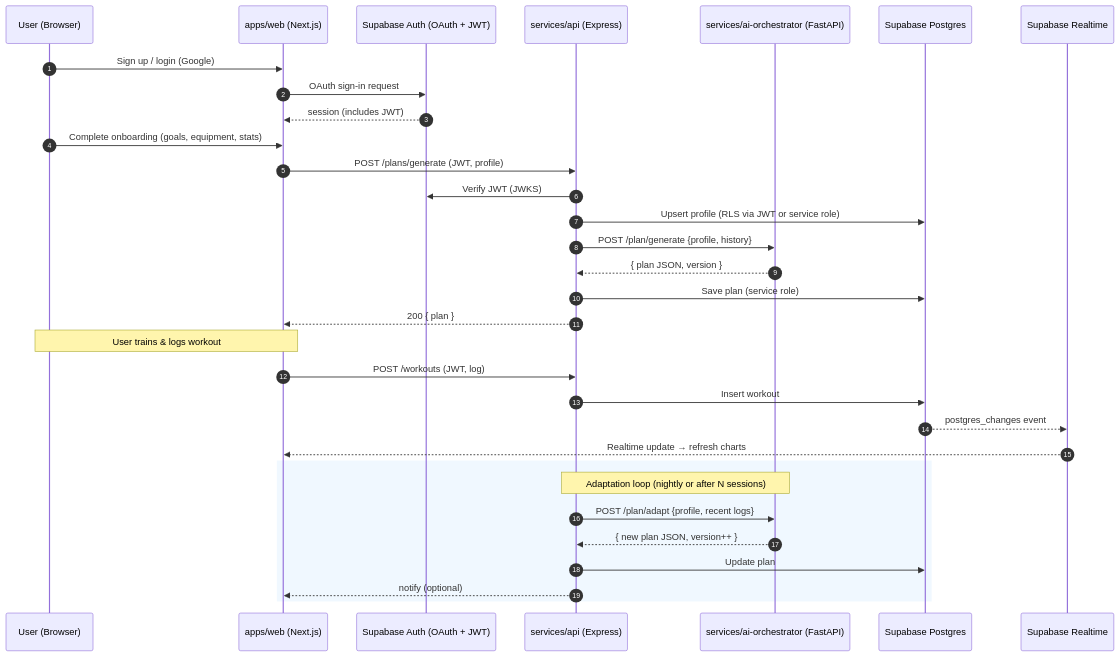
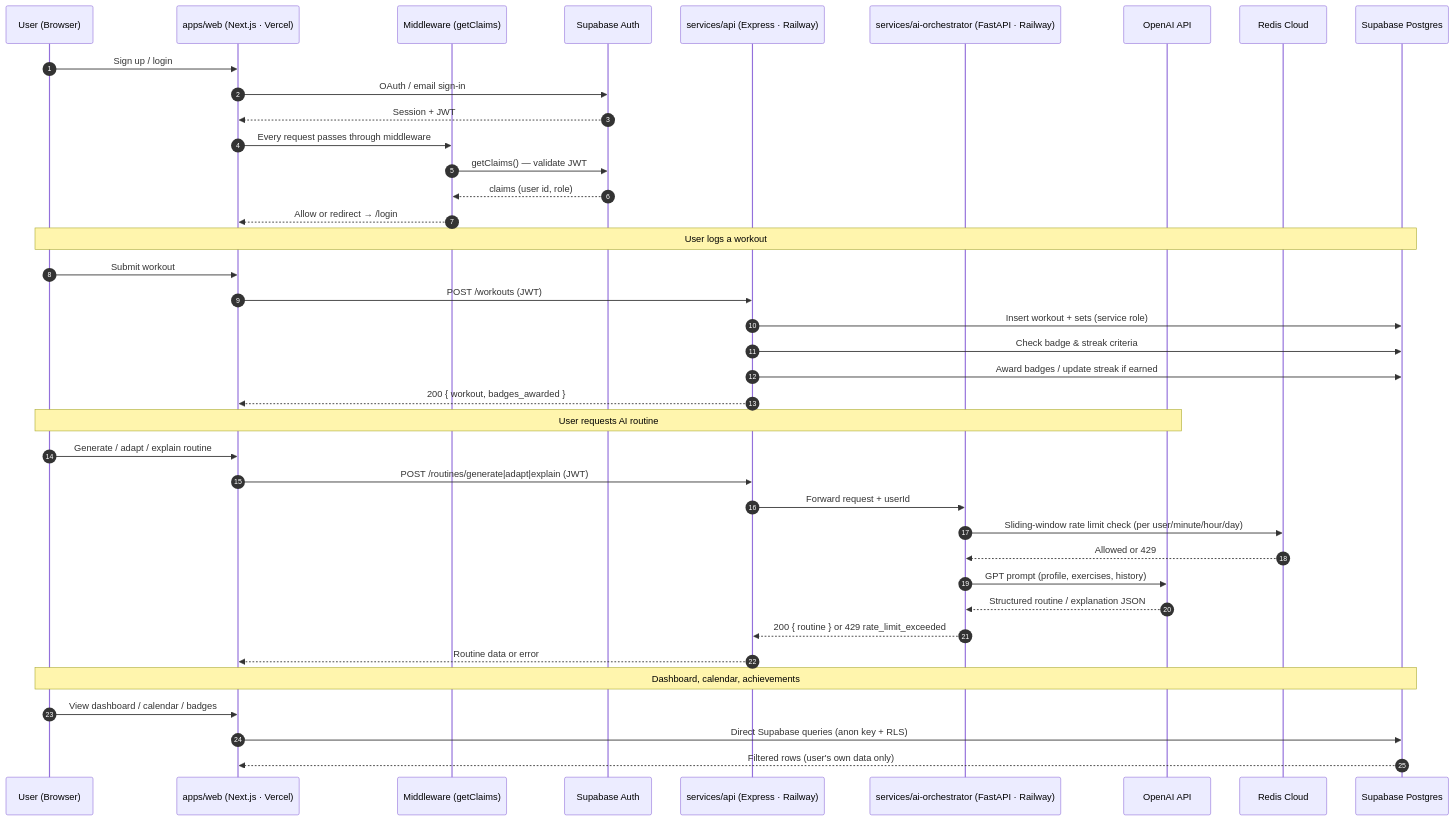
The diagram in docs/archeticture/diagrams/data-flow.md (Pulse-project-300/atu-project-300), drawn with Mermaid before and after one commit.

Commit message:
updated system architecture diagram to match current iteration of the system

````diff
--- a/docs/archeticture/diagrams/data-flow.md
+++ b/docs/archeticture/diagrams/data-flow.md
@@ -1,38 +1,49 @@
 ```mermaid
 sequenceDiagram
   autonumber
-   participant U as User (Browser)
-  participant Web as apps/web (Next.js)
-  participant Auth as Supabase Auth (OAuth + JWT)
-  participant API as services/api (Express)
-  participant AI as services/ai-orchestrator (FastAPI)
+  participant U as User (Browser)
+  participant Web as apps/web (Next.js · Vercel)
+  participant Mid as Middleware (getClaims)
+  participant Auth as Supabase Auth
+  participant API as services/api (Express · Railway)
+  participant AI as services/ai-orchestrator (FastAPI · Railway)
+  participant OpenAI as OpenAI API
+  participant Redis as Redis Cloud
   participant DB as Supabase Postgres
-  participant RT as Supabase Realtime
 
-  U->>Web: Sign up / login (Google)
-  Web->>Auth: OAuth sign-in request
-  Auth-->>Web: session (includes JWT)
+  %% ── Auth ──────────────────────────────────────────────
+  U->>Web: Sign up / login
+  Web->>Auth: OAuth / email sign-in
+  Auth-->>Web: Session + JWT
+  Web->>Mid: Every request passes through middleware
+  Mid->>Auth: getClaims() — validate JWT
+  Auth-->>Mid: claims (user id, role)
+  Mid-->>Web: Allow or redirect → /login
 
-  U->>Web: Complete onboarding (goals, equipment, stats)
-  Web->>API: POST /plans/generate (JWT, profile)
-  API->>Auth: Verify JWT (JWKS)
-  API->>DB: Upsert profile (RLS via JWT or service role)
-  API->>AI: POST /plan/generate {profile, history}
-  AI-->>API: { plan JSON, version }
-  API->>DB: Save plan (service role)
-  API-->>Web: 200 { plan }
+  %% ── Workout Logging ────────────────────────────────────
+  Note over U,DB: User logs a workout
+  U->>Web: Submit workout
+  Web->>API: POST /workouts (JWT)
+  API->>DB: Insert workout + sets (service role)
+  API->>DB: Check badge & streak criteria
+  API->>DB: Award badges / update streak if earned
+  API-->>Web: 200 { workout, badges_awarded }
 
-  Note over U,Web: User trains & logs workout
-  Web->>API: POST /workouts (JWT, log)
-  API->>DB: Insert workout
-  DB-->>RT: postgres_changes event
-  RT-->>Web: Realtime update → refresh charts
+  %% ── AI Routine Generation ──────────────────────────────
+  Note over U,OpenAI: User requests AI routine
+  U->>Web: Generate / adapt / explain routine
+  Web->>API: POST /routines/generate|adapt|explain (JWT)
+  API->>AI: Forward request + userId
+  AI->>Redis: Sliding-window rate limit check (per user/minute/hour/day)
+  Redis-->>AI: Allowed or 429
+  AI->>OpenAI: GPT prompt (profile, exercises, history)
+  OpenAI-->>AI: Structured routine / explanation JSON
+  AI-->>API: 200 { routine } or 429 rate_limit_exceeded
+  API-->>Web: Routine data or error
 
-  rect rgb(240,248,255)
-  Note over API,AI: Adaptation loop (nightly or after N sessions)
-  API->>AI: POST /plan/adapt {profile, recent logs}
-  AI-->>API: { new plan JSON, version++ }
-  API->>DB: Update plan
-  API-->>Web: notify (optional)
-  end
+  %% ── Read / Analytics ───────────────────────────────────
+  Note over U,DB: Dashboard, calendar, achievements
+  U->>Web: View dashboard / calendar / badges
+  Web->>DB: Direct Supabase queries (anon key + RLS)
+  DB-->>Web: Filtered rows (user's own data only)
 ```
````
